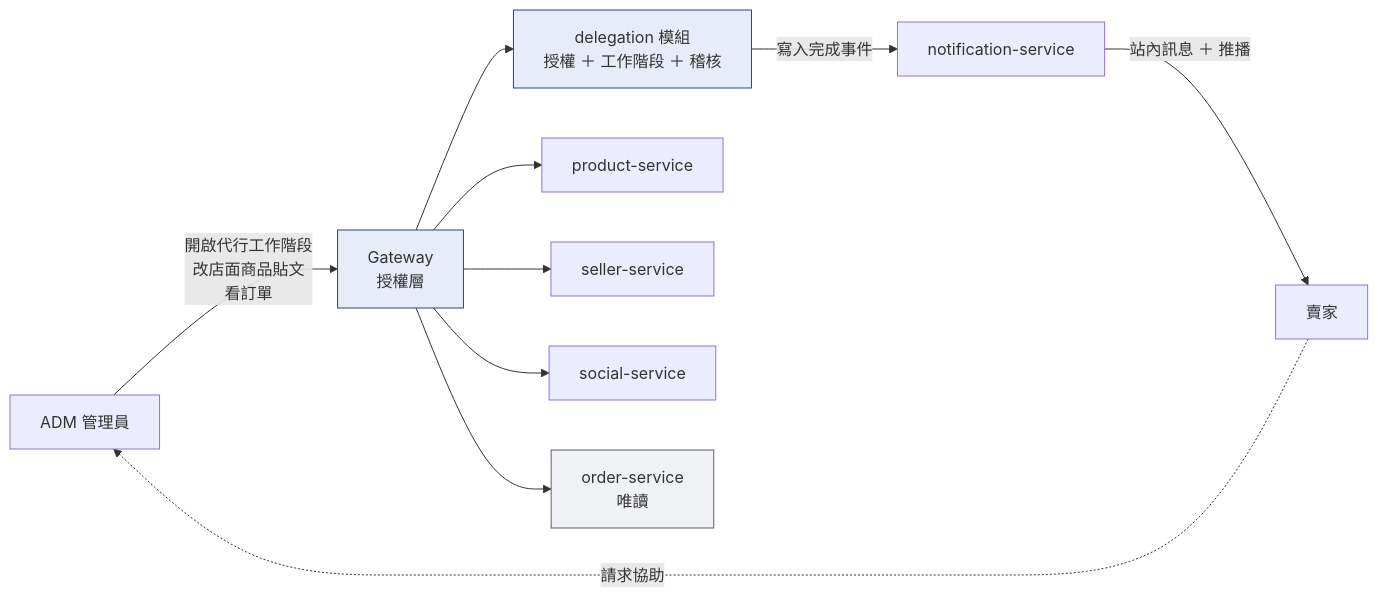
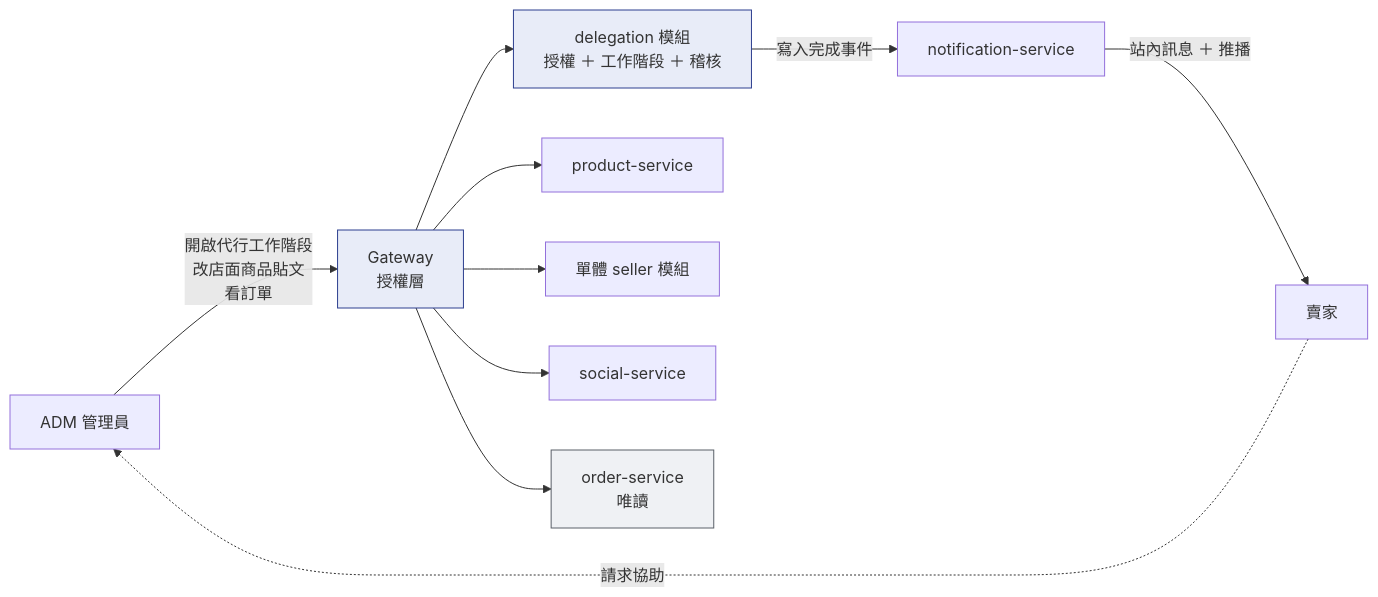
Before and after one commit to Will413028/hawkr: the first of 4 diagrams in backend/docs/基本設計書/56-ADM 代行營運（Delegated Operations）基本設計書.md, drawn with Mermaid. The commit also changed 24 other files, not shown here.

````diff
--- a/backend/docs/基本設計書/56-ADM 代行營運（Delegated Operations）基本設計書.md
+++ b/backend/docs/基本設計書/56-ADM 代行營運（Delegated Operations）基本設計書.md
@@ -27,19 +27,19 @@
 ```mermaid
 flowchart LR
     A["ADM 管理員"] -->|開啟代行工作階段<br/>改店面商品貼文<br/>看訂單| GW["Gateway<br/>授權層"]
     GW --> ACC["delegation 模組<br/>授權 ＋ 工作階段 ＋ 稽核"]
     GW --> P["product-service"]
-    GW --> SL["seller-service"]
+    GW --> SL["單體 seller 模組"]
     GW --> SO["social-service"]
     GW --> OR["order-service<br/>唯讀"]
 
     ACC -->|寫入完成事件| NTF["notification-service"]
     NTF -->|站內訊息 ＋ 推播| S["賣家"]
 
     S -.->|請求協助| A
 
     classDef core fill:#E8ECF8,stroke:#2C3E8F
     classDef ro fill:#EFF1F4,stroke:#5A6068
     class GW,ACC core
     class OR ro
 ```
````
